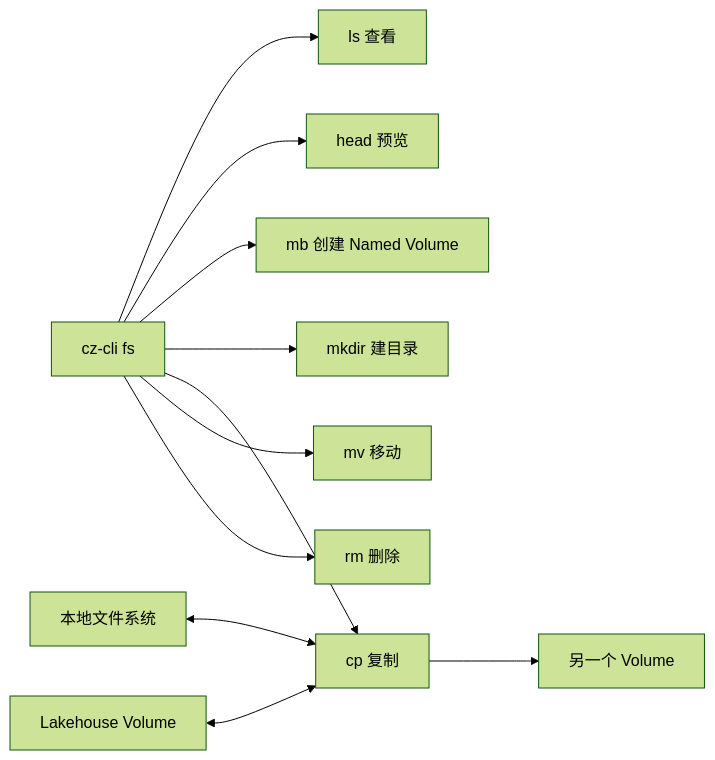
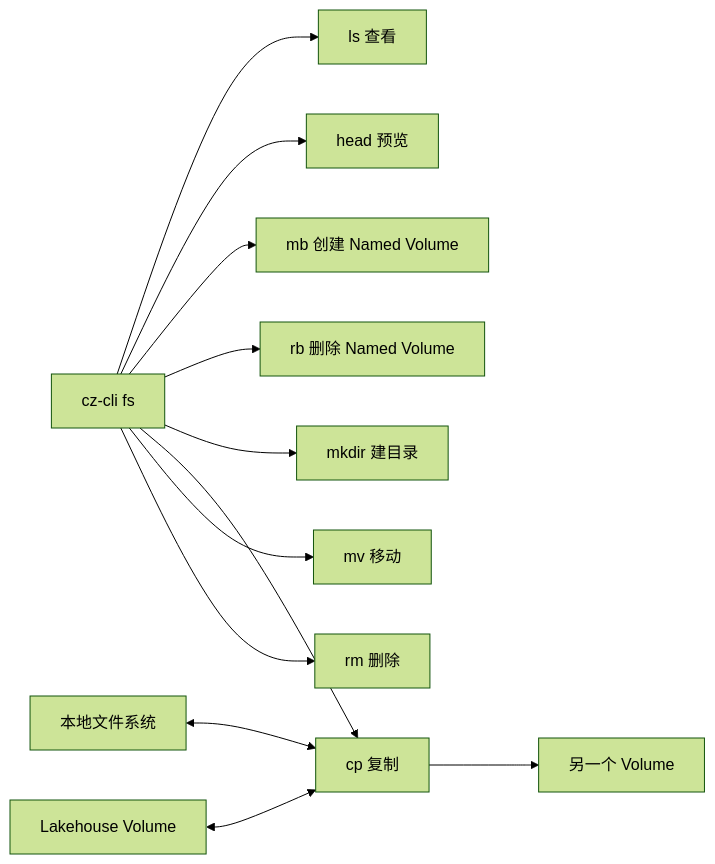
Before and after one commit to clickzetta/cz-cli: the diagram in openspec/specs/cz-cli-fs-command/spec.md, drawn with Mermaid (forest theme). The commit also changed other lines of this file and 8 other files, not shown here.

````diff
--- a/openspec/specs/cz-cli-fs-command/spec.md
+++ b/openspec/specs/cz-cli-fs-command/spec.md
@@ -31,14 +32,15 @@
 ```mermaid
 flowchart LR
     FS[cz-cli fs] --> LS[ls 查看]
     FS --> HEAD[head 预览]
     FS --> MB[mb 创建 Named Volume]
+    FS --> RB[rb 删除 Named Volume]
     FS --> MKDIR[mkdir 建目录]
     FS --> CP[cp 复制]
     FS --> MV[mv 移动]
     FS --> RM[rm 删除]
 
     LOCAL[本地文件系统] <--> CP
     VOLUME[Lakehouse Volume] <--> CP
     CP --> VOLUME_B[另一个 Volume]
 ```
````
